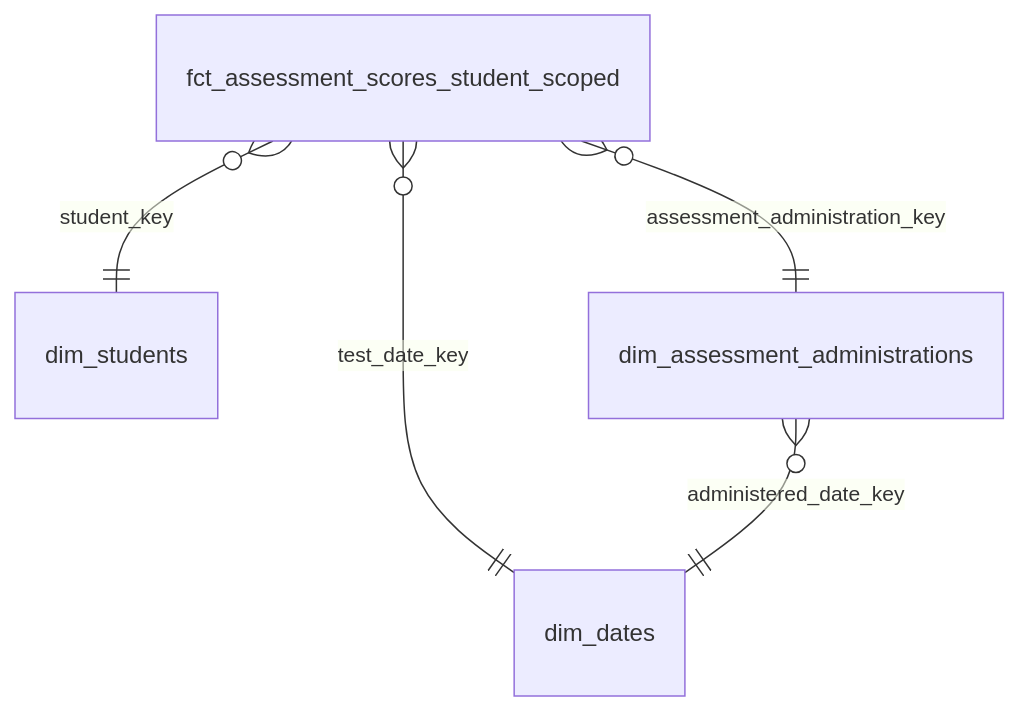
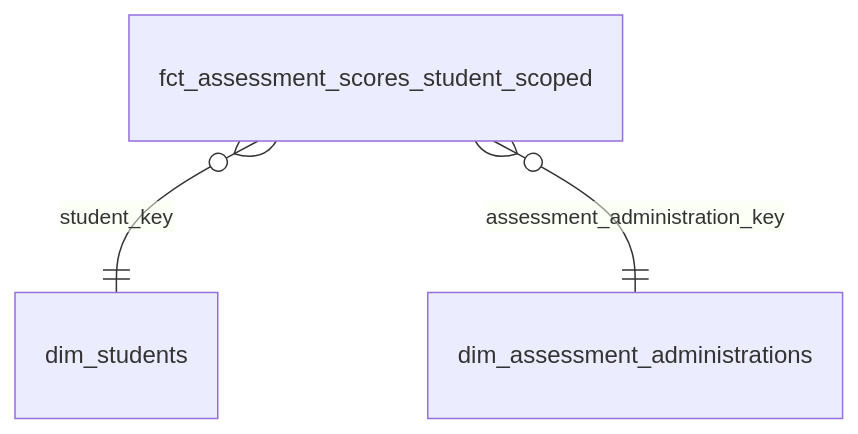
Before and after one commit to TEAMSchools/teamster: the second of 24 diagrams in docs/reference/marts-data-models.md, drawn with Mermaid. The commit also changed other lines of this file and 2 other files, not shown here.

First line of the commit message:
docs(marts): omit conformed dimensions from snowflake diagrams

````diff
--- a/docs/reference/marts-data-models.md
+++ b/docs/reference/marts-data-models.md
@@ -53,7 +49,5 @@
 ```mermaid
 erDiagram
   fct_assessment_scores_student_scoped }o--|| dim_students : "student_key"
   fct_assessment_scores_student_scoped }o--|| dim_assessment_administrations : "assessment_administration_key"
-  fct_assessment_scores_student_scoped }o--|| dim_dates : "test_date_key"
-  dim_assessment_administrations }o--|| dim_dates : "administered_date_key"
 ```
````
